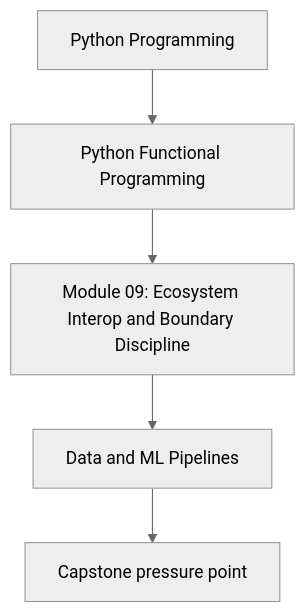
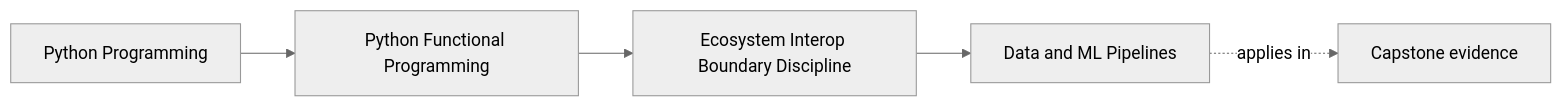
One commit to bijux/bijux-masterclass changed the first of 2 diagrams in programs/python-programming/python-functional-programming/course-book/module-09-ecosystem-interop-boundary-discipline/data-and-ml-pipelines.md. Above: the diagram before and after it, drawn with Mermaid (neutral theme). The commit also changed other lines of this file and 108 other files, not shown here.

Commit message:
docs(python-functional-programming): map capstone and advanced design surfaces

````diff
--- a/programs/python-programming/python-functional-programming/course-book/module-09-ecosystem-interop-boundary-discipline/data-and-ml-pipelines.md
+++ b/programs/python-programming/python-functional-programming/course-book/module-09-ecosystem-interop-boundary-discipline/data-and-ml-pipelines.md
@@ -6,7 +6,11 @@
 ```mermaid
-flowchart TD
-  family["Python Programming"] --> program["Python Functional Programming"]
-  program --> module["Module 09: Ecosystem Interop and Boundary Discipline"]
-  module --> concept["Data and ML Pipelines"]
-  concept --> capstone["Capstone pressure point"]
+graph LR
+  family["Python Programming"]
+  program["Python Functional Programming"]
+  section["Ecosystem Interop Boundary Discipline"]
+  page["Data and ML Pipelines"]
+  capstone["Capstone evidence"]
+
+  family --> program --> section --> page
+  page -.applies in.-> capstone
 ```
````
